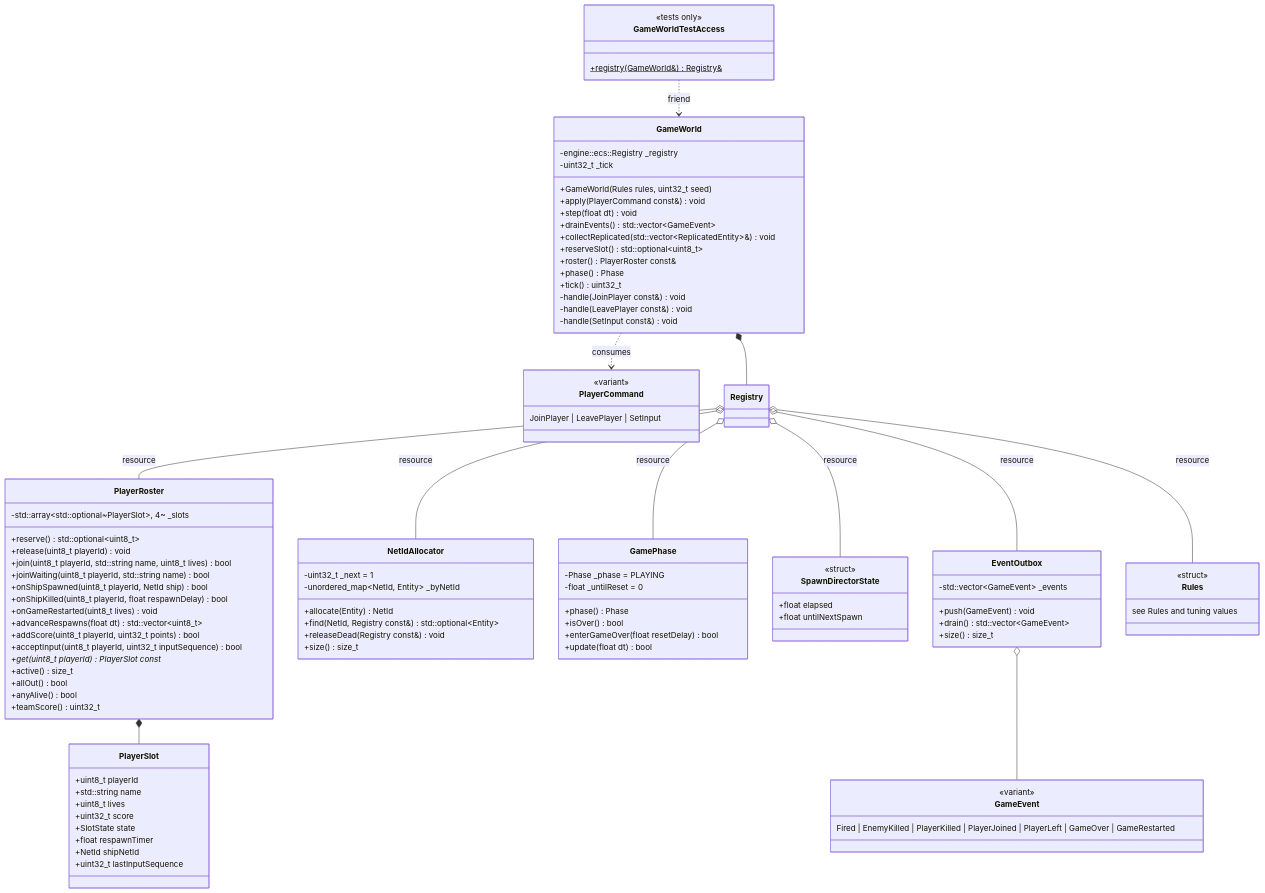
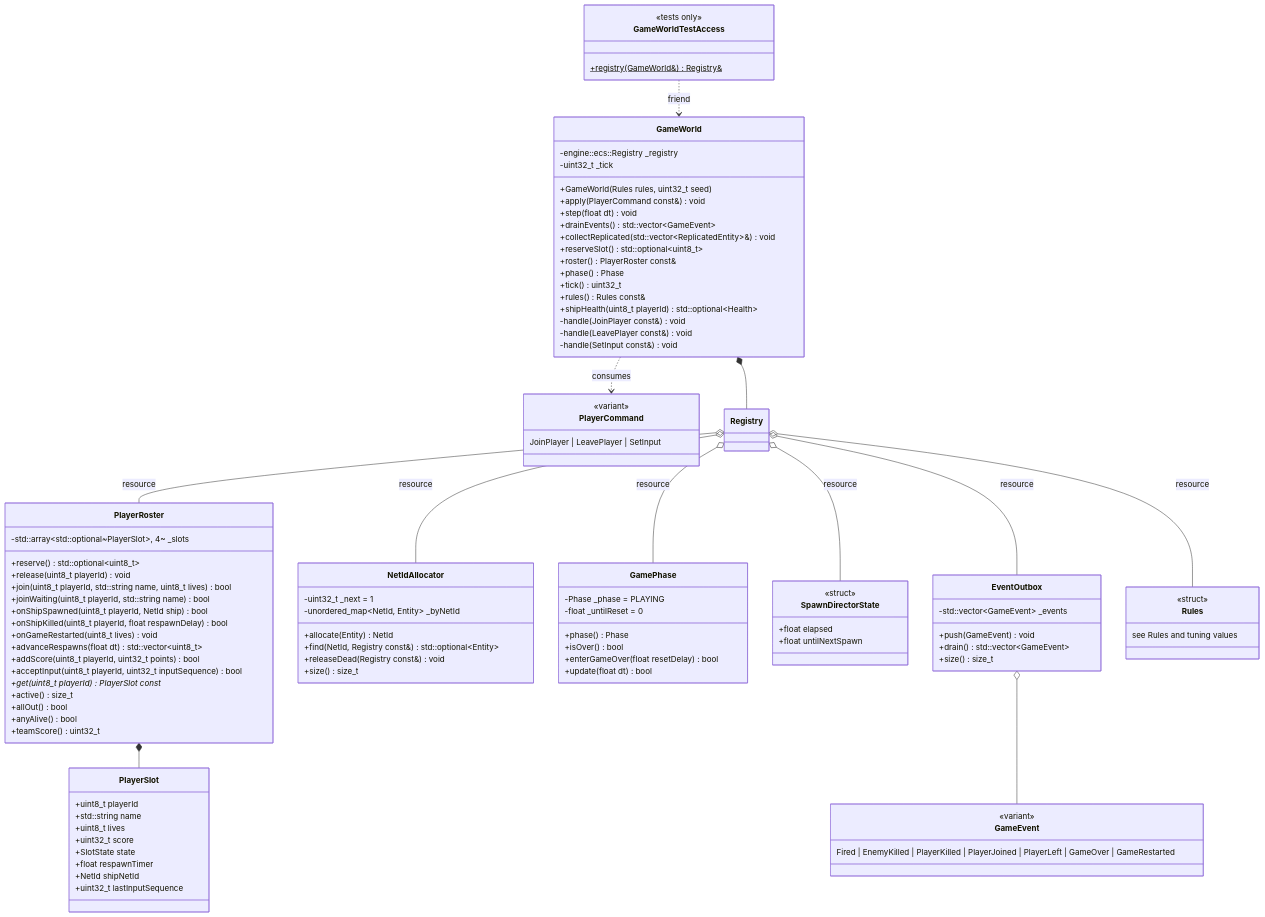
Before and after one commit to janumaruku/r-type: the first of 2 diagrams in docs/modules/game.md, drawn with Mermaid. The commit also changed other lines of this file and 49 other files, not shown here.

```diff
--- a/docs/modules/game.md
+++ b/docs/modules/game.md
@@ -67,6 +67,8 @@
         +roster() PlayerRoster const&
         +phase() Phase
         +tick() uint32_t
+        +rules() Rules const&
+        +shipHealth(uint8_t playerId) std::optional~Health~
         -handle(JoinPlayer const&) void
         -handle(LeavePlayer const&) void
         -handle(SetInput const&) void
```
